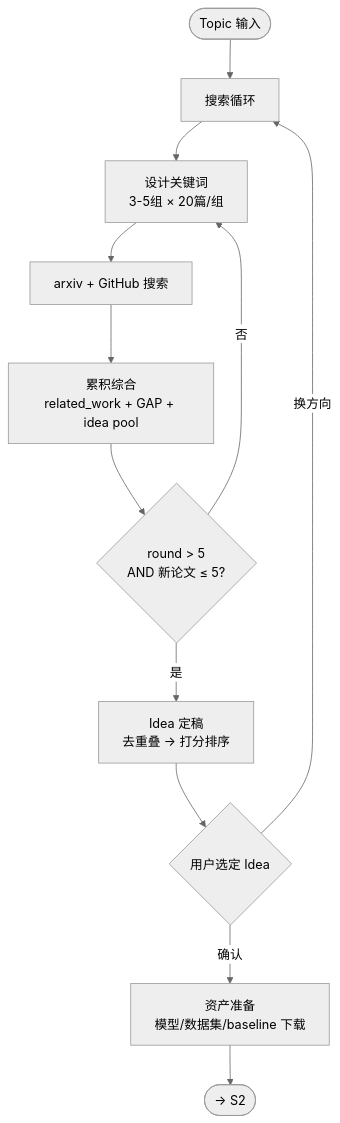
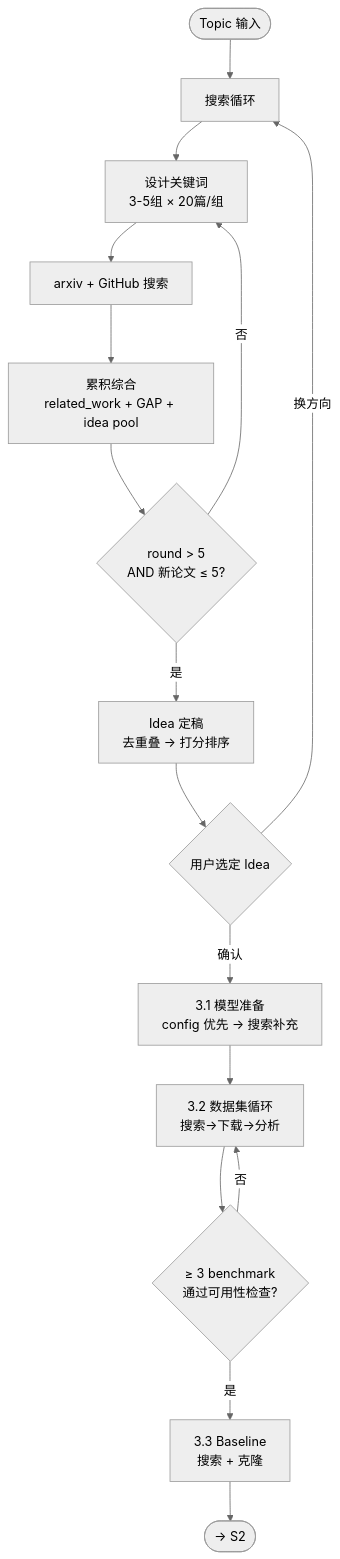
One commit to JZAO20L/nano-auto-research changed the diagram in auto-research-s1-flow/SKILL.md. Above: the diagram before and after it, drawn with Mermaid (neutral theme).

Commit message:
fix: update S1 Mermaid — show 3-step asset prep with dataset analysis loop

````diff
--- a/auto-research-s1-flow/SKILL.md
+++ b/auto-research-s1-flow/SKILL.md
@@ -25,14 +25,18 @@
 ```mermaid
 flowchart TD
     START([Topic 输入]) --> LOOP[搜索循环]
     LOOP --> KW[设计关键词<br/>3-5组 × 20篇/组]
     KW --> SEARCH[arxiv + GitHub 搜索]
     SEARCH --> SYN[累积综合<br/>related_work + GAP + idea pool]
     SYN --> TERM{round > 5<br/>AND 新论文 ≤ 5?}
     TERM -->|否| KW
     TERM -->|是| IDEA[Idea 定稿<br/>去重叠 → 打分排序]
     IDEA --> GATE{用户选定 Idea}
-    GATE -->|确认| ASSET[资产准备<br/>模型/数据集/baseline 下载]
+    GATE -->|确认| MODEL[3.1 模型准备<br/>config 优先 → 搜索补充]
     GATE -->|换方向| LOOP
-    ASSET --> OUT([→ S2])
+    MODEL --> DATA[3.2 数据集循环<br/>搜索→下载→分析]
+    DATA --> DATACHECK{≥ 3 benchmark<br/>通过可用性检查?}
+    DATACHECK -->|否| DATA
+    DATACHECK -->|是| BASE[3.3 Baseline<br/>搜索 + 克隆]
+    BASE --> OUT([→ S2])
 ```
````
